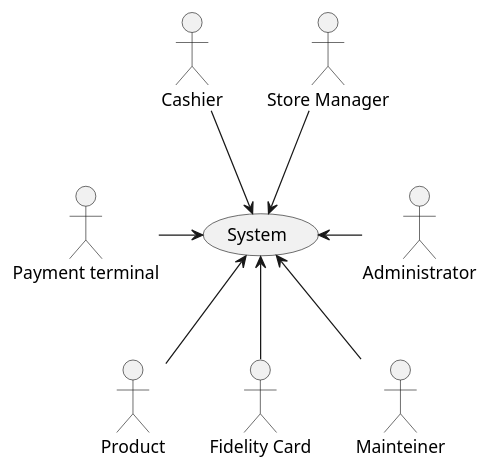
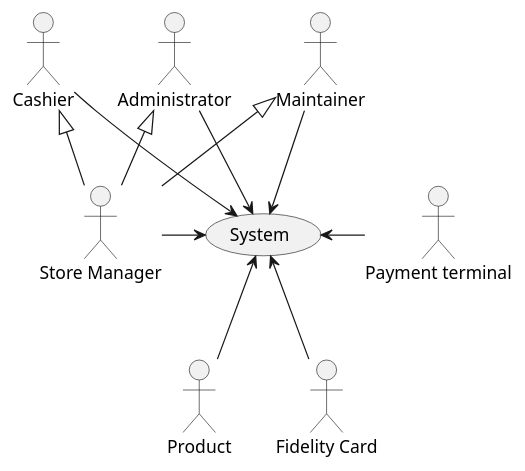
The first of 5 diagrams in MARKDOWN/RequirementsDocument.md (Luca-Dalmasso/Miscellaneus), drawn with PlantUML before and after one commit. The commit also changed other lines of this file, not shown here.

````diff
--- a/MARKDOWN/RequirementsDocument.md
+++ b/MARKDOWN/RequirementsDocument.md
@@ -107,13 +106,20 @@
 ```plantuml
-@startuml context diagram
+@startuml
+Actor "Store Manager" as SM
+Actor "Cashier" as C
+Actor "Administrator" as A
+Actor "Maintainer"  as M
+A <|-- SM
+M <|-- SM
+C <|-- SM
 
-:Cashier: -d-> (System)
-:Store Manager: -d-> (System)
-:Administrator: -l-> (System)
-:Payment terminal: -r-> (System)
+C -> (System)
+SM -> (System)
+A -> (System)
+:Payment terminal: -l-> (System)
 :Product: -u-> (System)
 :Fidelity Card: -u-> (System)
-:Mainteiner: -u-> (System)
+M -> (System)
+@enduml
 
-@enduml
 ```
````
